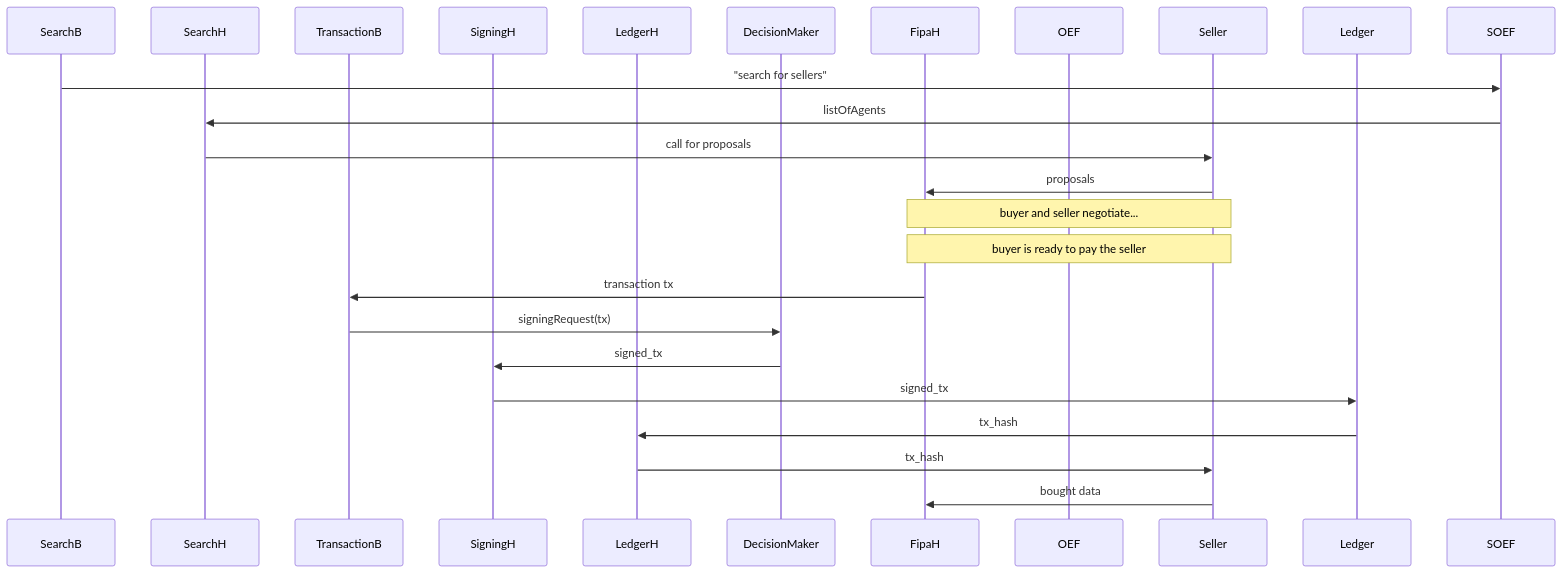
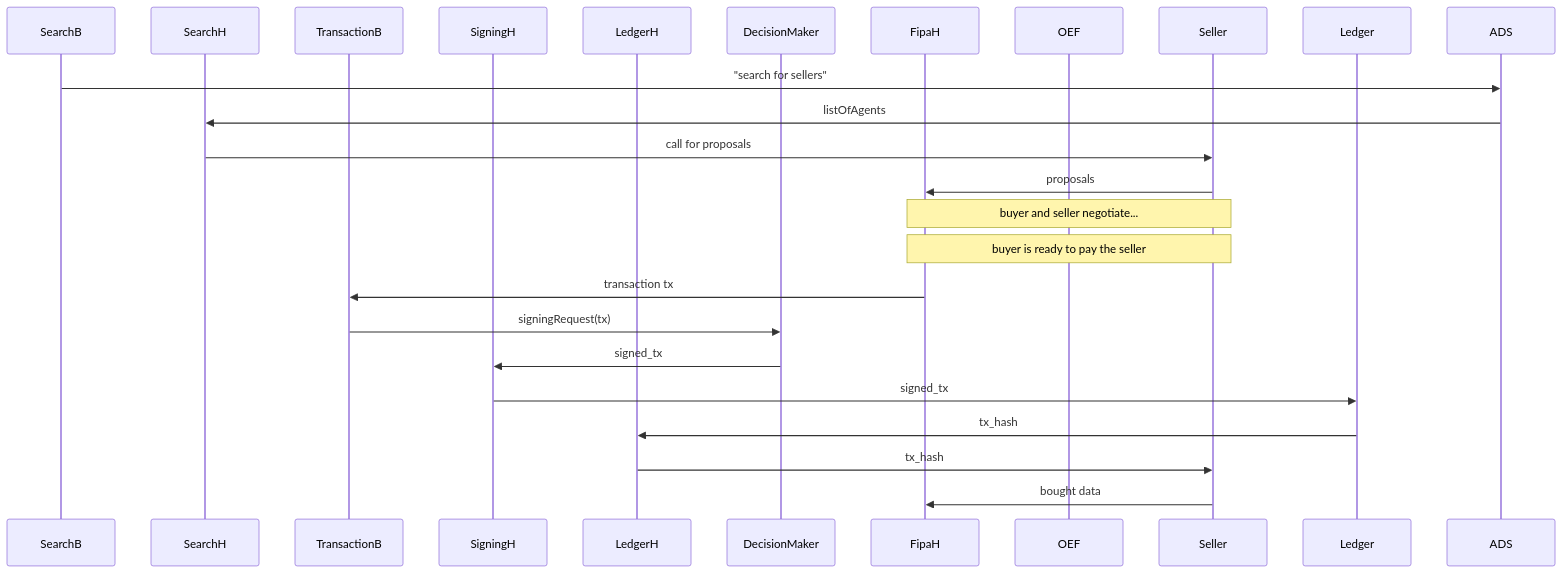
The second of 2 diagrams in docs/abci_app_async_behaviour.md (valory-xyz/open-autonomy), drawn with Mermaid before and after one commit. The commit also changed other lines of this file and 30 other files, not shown here.

```diff
--- a/docs/abci_app_async_behaviour.md
+++ b/docs/abci_app_async_behaviour.md
@@ -228,28 +228,28 @@
 <div class="mermaid">
     sequenceDiagram
 
         participant SearchB
         participant SearchH
         participant TransactionB
         participant SigningH
         participant LedgerH
         participant DecisionMaker
         participant FipaH
         participant OEF
         participant Seller
         participant Ledger
 
-        SearchB->>SOEF: "search for sellers"
-        SOEF->>SearchH: listOfAgents
+        SearchB->>ADS: "search for sellers"
+        ADS->>SearchH: listOfAgents
         SearchH->>Seller: call for proposals
         Seller->>FipaH: proposals
         note over FipaH, Seller: buyer and seller negotiate...
         note over FipaH, Seller: buyer is ready to pay the seller
         FipaH->>TransactionB: transaction tx
         TransactionB->>DecisionMaker: signingRequest(tx)
         DecisionMaker->>SigningH: signed_tx
         SigningH->>Ledger: signed_tx
         Ledger->>LedgerH: tx_hash
         LedgerH->>Seller: tx_hash
         Seller->>FipaH: bought data
 </div>
```
